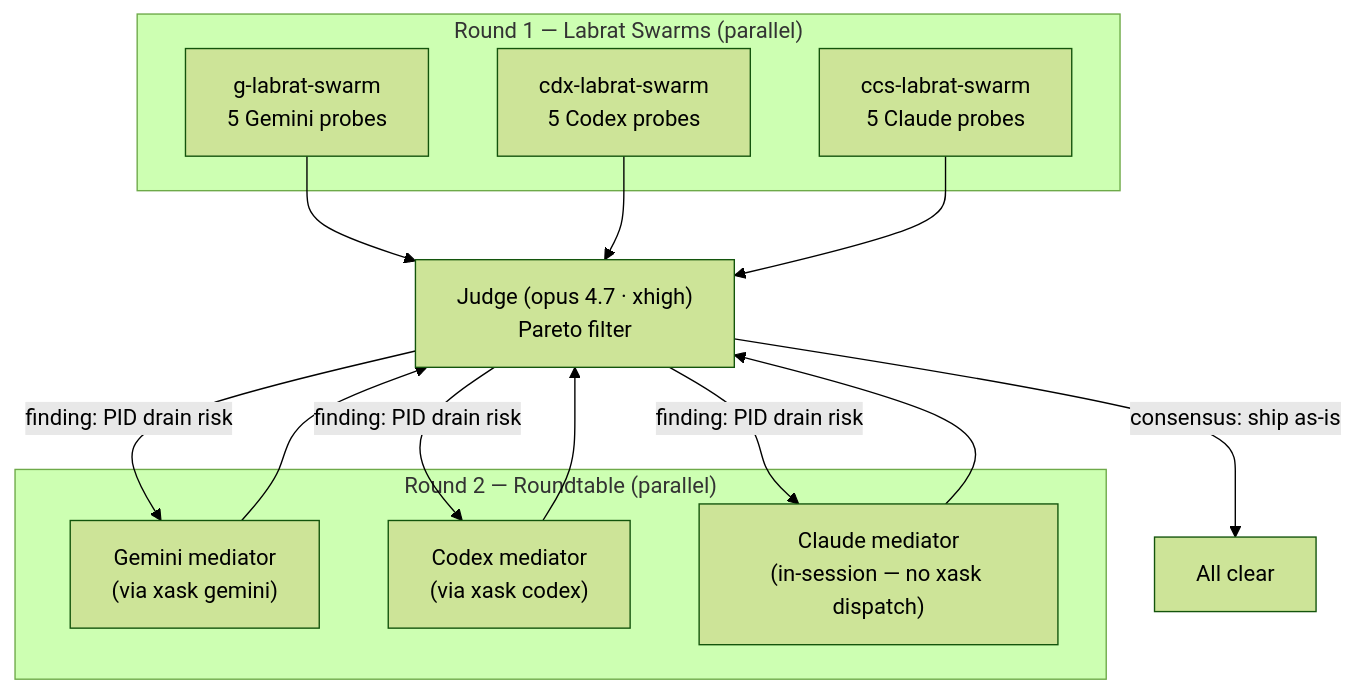
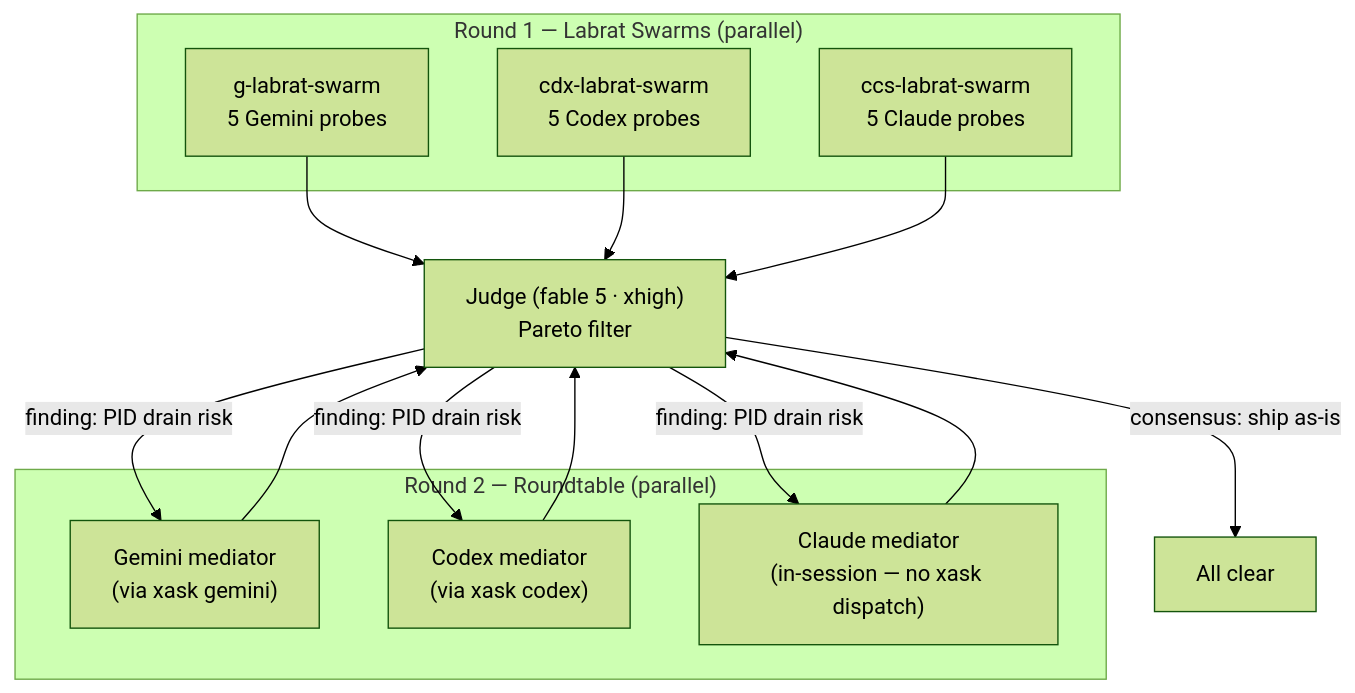
One commit to VeigaPunk/xbrd-gdsp-fknpft changed the diagram in docs/swarm-test-flow.md. Above: the diagram before and after it, drawn with Mermaid (forest theme). The commit also changed 13 other files, not shown here.

First line of the commit message:
chore(models): opus 4.7 -> fable 5 rename across runtime, docs, and templates

````diff
--- a/docs/swarm-test-flow.md
+++ b/docs/swarm-test-flow.md
@@ -8,23 +8,23 @@
 ```mermaid
 flowchart TD
     subgraph "Round 1 — Labrat Swarms (parallel)"
         G["g-labrat-swarm\n5 Gemini probes"]
         X["cdx-labrat-swarm\n5 Codex probes"]
         C["ccs-labrat-swarm\n5 Claude probes"]
     end
 
     subgraph "Round 2 — Roundtable (parallel)"
         GR["Gemini mediator\n(via xask gemini)"]
         XR["Codex mediator\n(via xask codex)"]
         CR["Claude mediator\n(in-session — no xask dispatch)"]
     end
 
-    Judge["Judge (opus 4.7 · xhigh)\nPareto filter"]
+    Judge["Judge (fable 5 · xhigh)\nPareto filter"]
 
     G --> Judge
     X --> Judge
     C --> Judge
     Judge -->|finding: PID drain risk| GR & XR & CR
     GR & XR & CR --> Judge
     Judge -->|consensus: ship as-is| Done["All clear"]
 ```
````
